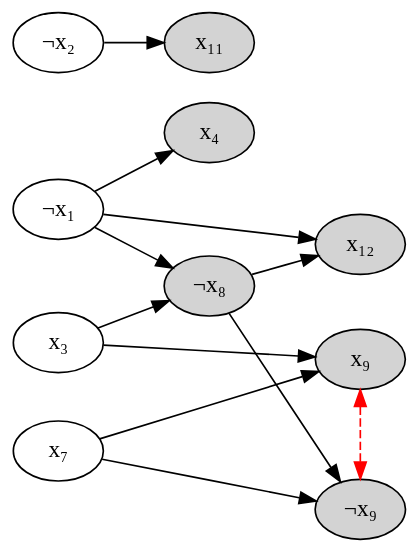
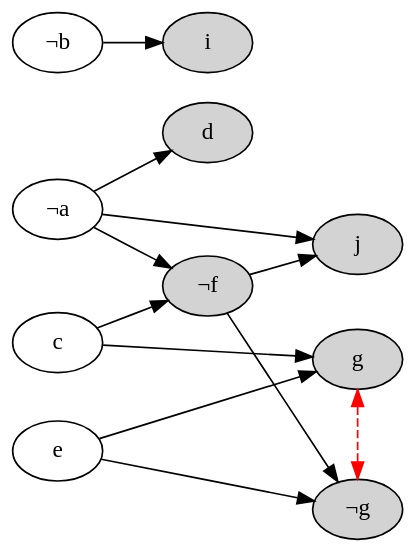
One commit to vaibhavsagar/presentations changed the diagram in sat-solvers/images/graph1.dot. Above: the diagram before and after it, drawn with Graphviz. The commit also changed 21 other files, not shown here.

```diff
--- a/sat-solvers/images/graph1.dot
+++ b/sat-solvers/images/graph1.dot
@@ -1,27 +1,27 @@
 digraph {
-    x₁ [label="¬x₁"]
-    x₂ [label="¬x₂"]
-    x₄ [style="filled"]
-    x₈ [label="¬x₈", style="filled"]
-    x₉t [label="x₉", style="filled"]
-    x₉f [label="¬x₉", style="filled"]
-    x₁₁ [style="filled"]
-    x₁₂ [style="filled"]
-    x₁ -> x₄
-    x₃ -> x₈
-    x₁ -> x₈
-    x₁ -> x₁₂
-    x₈ -> x₁₂
-    x₂ -> x₁₁
-    x₇ -> x₉t
-    x₇ -> x₉f
-    x₈ -> x₉f
-    x₃ -> x₉t
-    x₉t -> x₉f [color="red",dir="both",style="dashed",minlen=3]
+    a [label="¬a"]
+    b [label="¬b"]
+    d [style="filled"]
+    f [label="¬f", style="filled"]
+    gt [label="g", style="filled"]
+    gf [label="¬g", style="filled"]
+    i [style="filled"]
+    j [style="filled"]
+    a -> d
+    c -> f
+    a -> f
+    a -> j
+    f -> j
+    b -> i
+    e -> gt
+    e -> gf
+    f -> gf
+    c -> gt
+    gt -> gf [color="red",dir="both",style="dashed",minlen=3]
     rankdir="LR"
-    {rank=same; x₉t x₉f}
-    {rank=same; x₁ x₂ x₃ x₇}
+    {rank=same; gt gf}
+    {rank=same; a b c e}
     overlap=false
     splines=true
     bgcolor=transparent
 }
```
